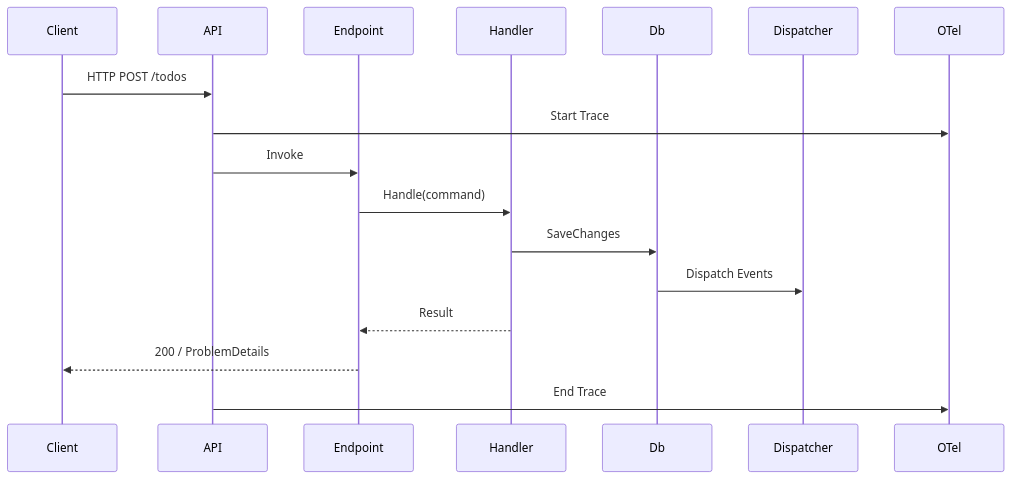
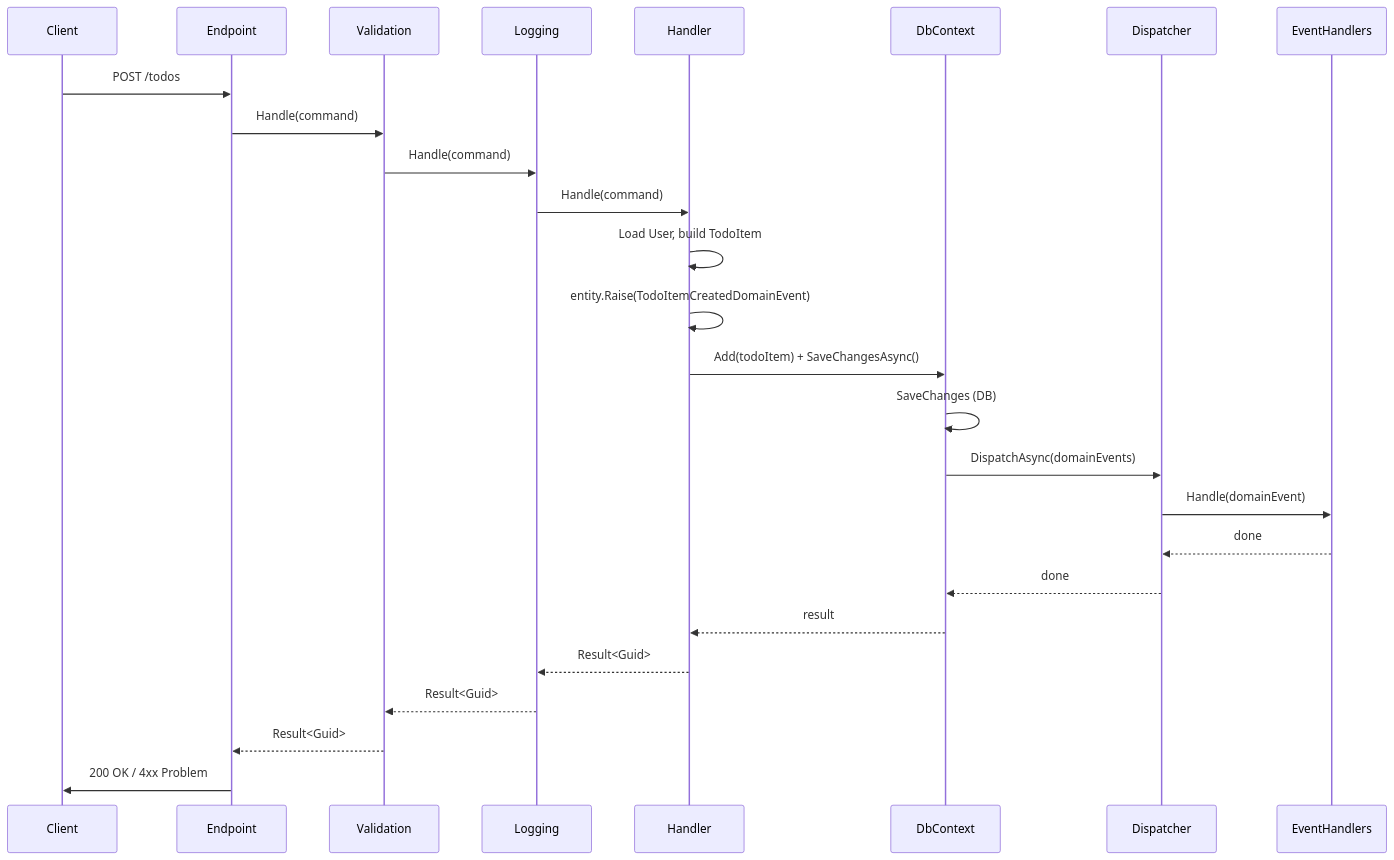
One commit to LucasBonato/CleanArchitect.App.Template changed the second of 3 diagrams in README.md. Above: the diagram before and after it, drawn with Mermaid. The commit also changed other lines of this file, not shown here.

````diff
--- a/README.md
+++ b/README.md
@@ -123,20 +172,29 @@
 ```mermaid
 sequenceDiagram
     participant Client
-    participant API
     participant Endpoint
+    participant Validation
+    participant Logging
     participant Handler
-    participant Db
+    participant DbContext
     participant Dispatcher
-    participant OTel
+    participant EventHandlers
 
-    Client->>API: HTTP POST /todos
-    API->>OTel: Start Trace
-    API->>Endpoint: Invoke
-    Endpoint->>Handler: Handle(command)
-    Handler->>Db: SaveChanges
-    Db->>Dispatcher: Dispatch Events
-    Handler-->>Endpoint: Result
-    Endpoint-->>Client: 200 / ProblemDetails
-    API->>OTel: End Trace
+    Client->>Endpoint: POST /todos
+    Endpoint->>Validation: Handle(command)
+    Validation->>Logging: Handle(command)
+    Logging->>Handler: Handle(command)
+    Handler->>Handler: Load User, build TodoItem
+    Handler->>Handler: entity.Raise(TodoItemCreatedDomainEvent)
+    Handler->>DbContext: Add(todoItem) + SaveChangesAsync()
+    DbContext->>DbContext: SaveChanges (DB)
+    DbContext->>Dispatcher: DispatchAsync(domainEvents)
+    Dispatcher->>EventHandlers: Handle(domainEvent)
+    EventHandlers-->>Dispatcher: done
+    Dispatcher-->>DbContext: done
+    DbContext-->>Handler: result
+    Handler-->>Logging: Result<Guid>
+    Logging-->>Validation: Result<Guid>
+    Validation-->>Endpoint: Result<Guid>
+    Endpoint->>Client: 200 OK / 4xx Problem
 ```
````
